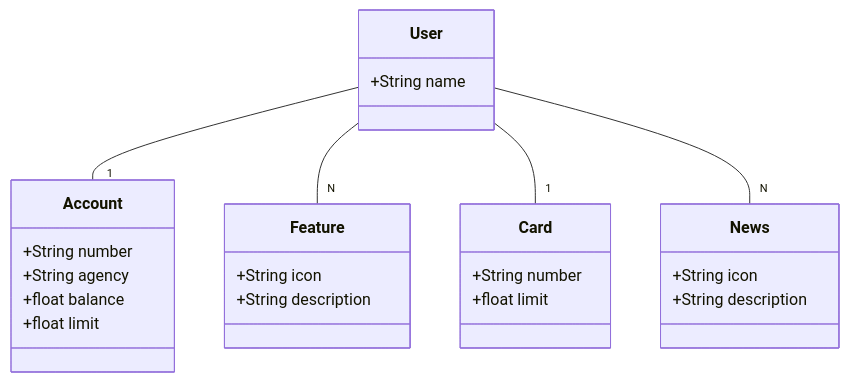
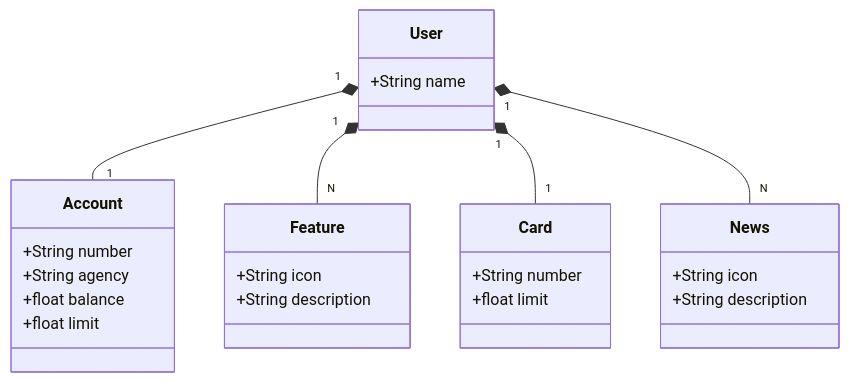
The diagram in README.md (LuuhMitre/santander-dev-week), drawn with Mermaid before and after one commit.

````diff
--- a/README.md
+++ b/README.md
@@ -5,33 +5,33 @@
 ```mermaid
 classDiagram
     class User {
         +String name
     }
 
     class Account {
         +String number
         +String agency
         +float balance
         +float limit
     }
 
     class Feature {
         +String icon
         +String description
     }
 
     class Card {
         +String number
         +float limit
     }
 
     class News {
         +String icon
         +String description
     }
 
-    User -- "1" Account
-    User -- "N" Feature
-    User -- "1" Card
-    User -- "N" News
+    User "1" *-- "1" Account
+    User "1" *-- "N" Feature
+    User "1" *-- "1" Card
+    User "1" *-- "N" News
 ```
````
